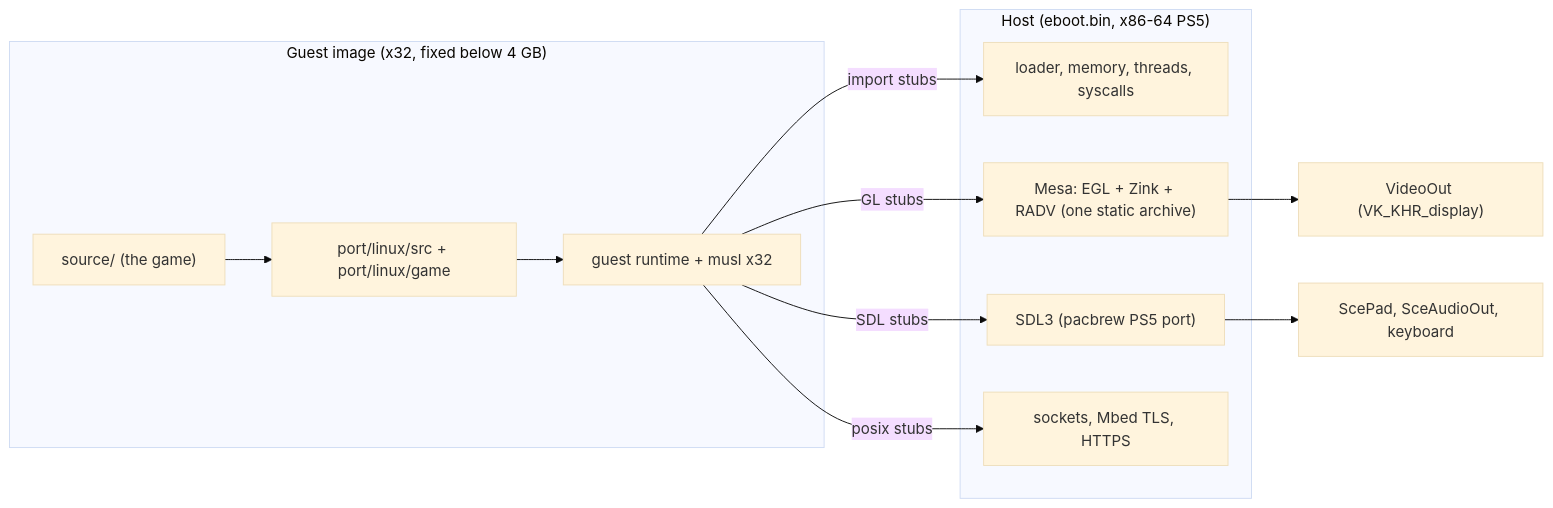
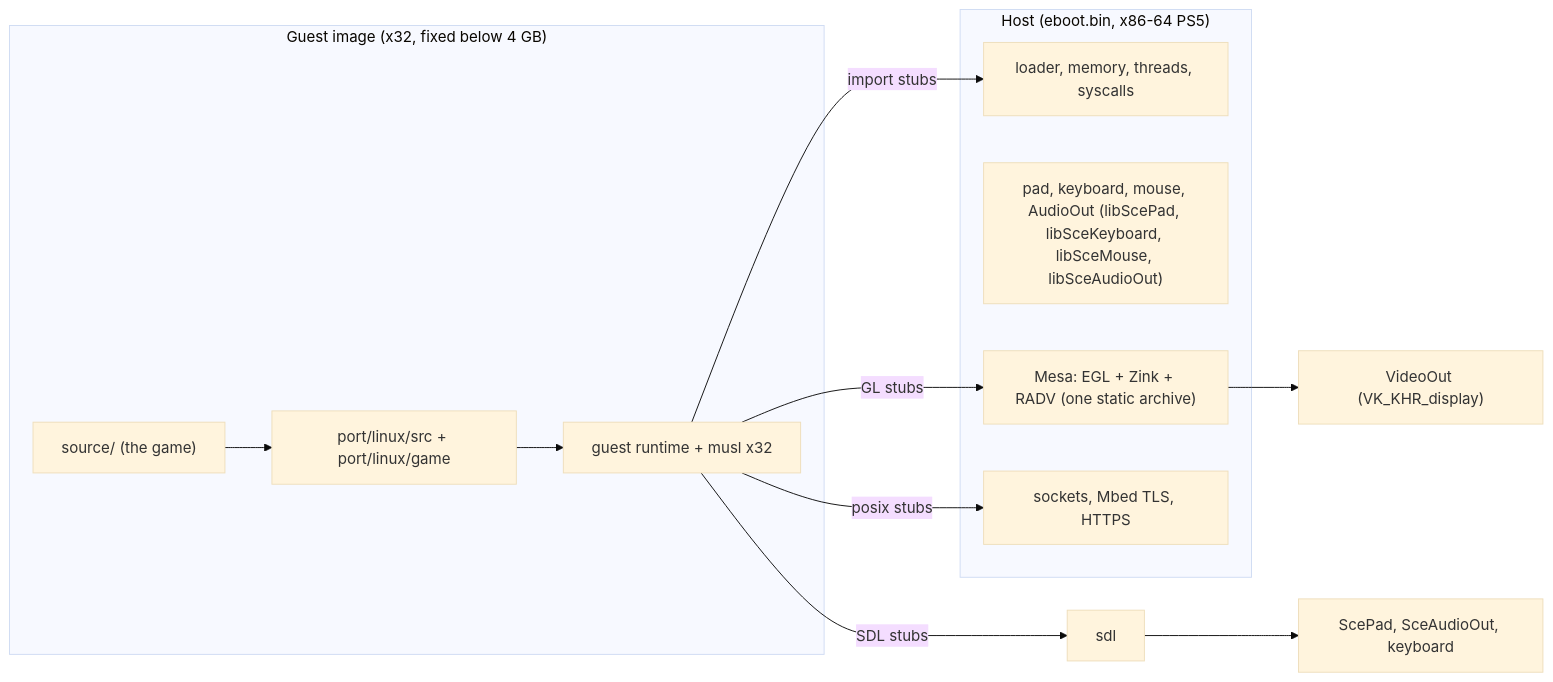
One commit to bizkut/ps5-OpenCE changed the diagram in docs/ps5_port_plan.md. Above: the diagram before and after it, drawn with Mermaid (base theme). The commit also changed other lines of this file, not shown here.

First line of the commit message:
Use the PS5's own input and audio libraries in the PS5 port plan

````diff
--- a/docs/ps5_port_plan.md
+++ b/docs/ps5_port_plan.md
@@ -136,20 +140,20 @@
 ```mermaid
 flowchart LR
   subgraph guest["Guest image (x32, fixed below 4 GB)"]
     game["source/ (the game)"]
     plat["port/linux/src + port/linux/game"]
     rt["guest runtime + musl x32"]
   end
   subgraph host["Host (eboot.bin, x86-64 PS5)"]
     loader["loader, memory, threads, syscalls"]
-    sdl["SDL3 (pacbrew PS5 port)"]
+    devices["pad, keyboard, mouse, AudioOut (libScePad, libSceKeyboard, libSceMouse, libSceAudioOut)"]
     gl["Mesa: EGL + Zink + RADV (one static archive)"]
     net["sockets, Mbed TLS, HTTPS"]
   end
   game --> plat --> rt -- "import stubs" --> loader
   rt -- "GL stubs" --> gl
   rt -- "SDL stubs" --> sdl
   rt -- "posix stubs" --> net
   gl --> vo["VideoOut (VK_KHR_display)"]
   sdl --> pad["ScePad, SceAudioOut, keyboard"]
 ```
````
